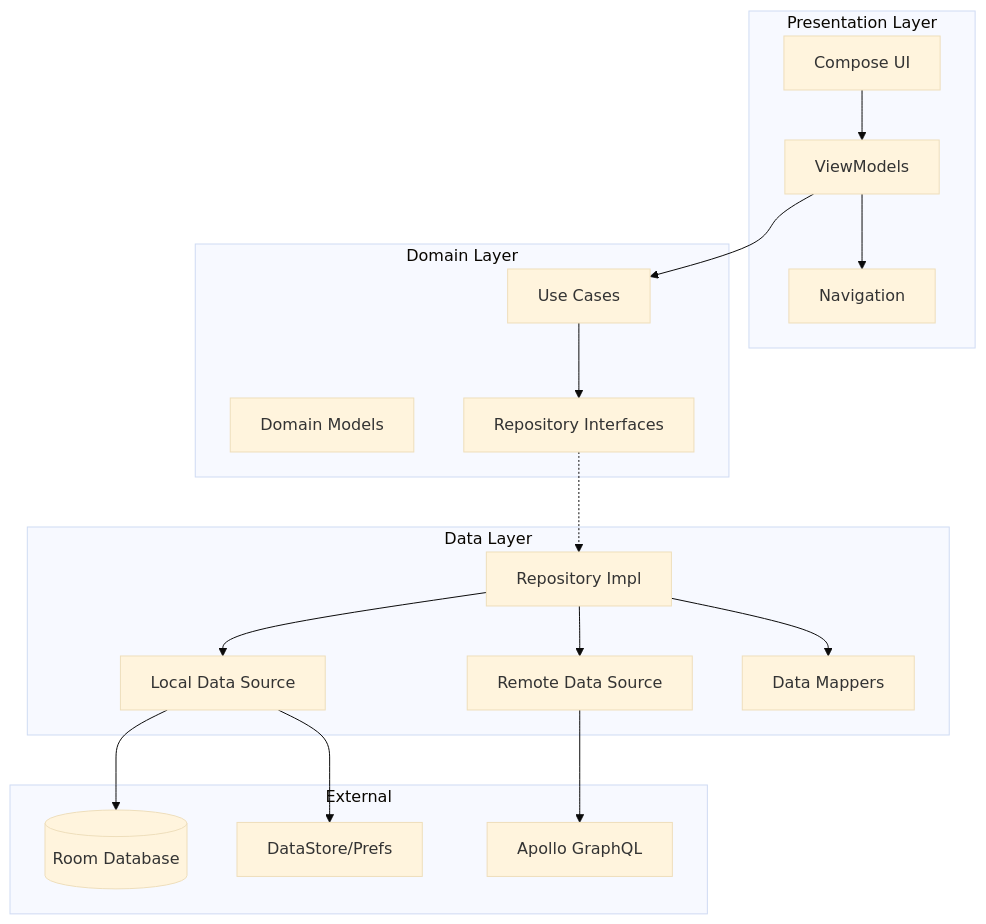
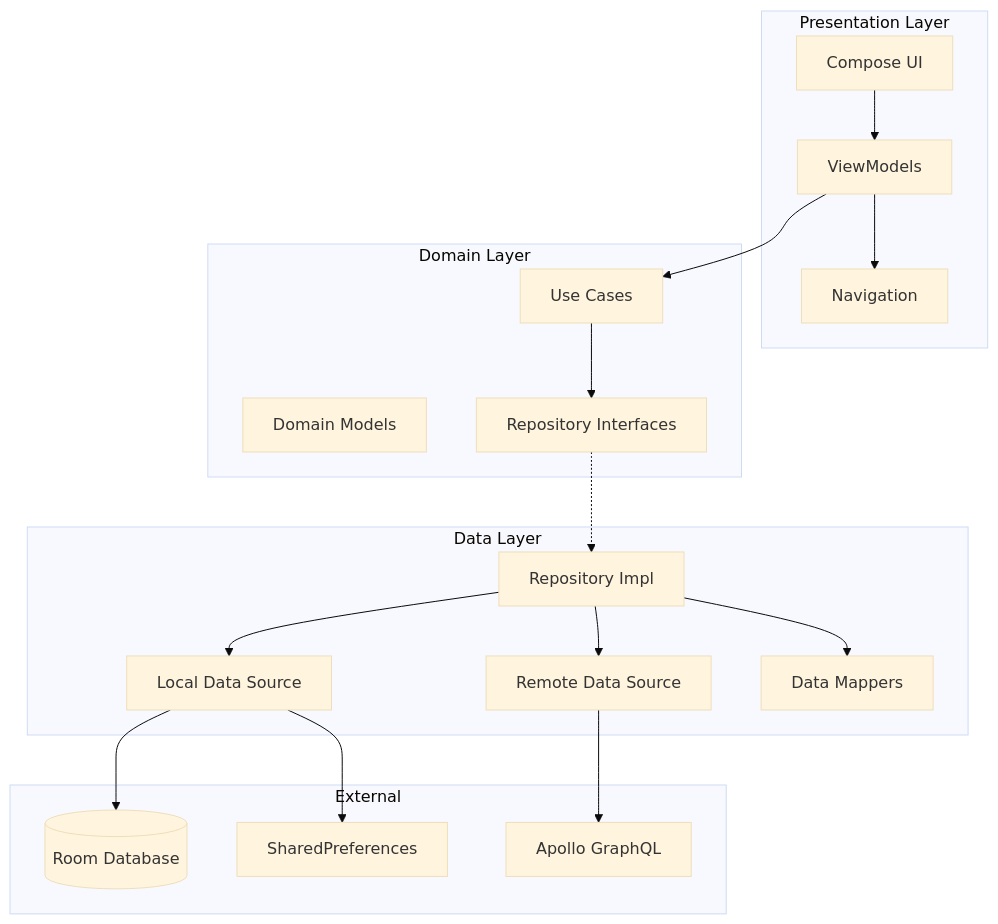
The second of 9 diagrams in docs/ARCHITECTURE.md (Marco-9456/AniSync), drawn with Mermaid (base theme) before and after one commit. The commit also changed other lines of this file and 6 other files, not shown here.

````diff
--- a/docs/ARCHITECTURE.md
+++ b/docs/ARCHITECTURE.md
@@ -50,39 +50,39 @@
 ```mermaid
 flowchart TB
     subgraph "Presentation Layer"
         UI[Compose UI]
         VM[ViewModels]
         NAV[Navigation]
     end
 
     subgraph "Domain Layer"
         UC[Use Cases]
         DM[Domain Models]
         RI[Repository Interfaces]
     end
 
     subgraph "Data Layer"
         REPO[Repository Impl]
         LOCAL[Local Data Source]
         REMOTE[Remote Data Source]
         MAPPER[Data Mappers]
     end
 
     subgraph "External"
         ROOM[(Room Database)]
         APOLLO[Apollo GraphQL]
-        PREFS[DataStore/Prefs]
+        PREFS[SharedPreferences]
     end
 
     UI --> VM
     VM --> UC
     VM --> NAV
     UC --> RI
     RI -.-> REPO
     REPO --> LOCAL
     REPO --> REMOTE
     REPO --> MAPPER
     LOCAL --> ROOM
     LOCAL --> PREFS
     REMOTE --> APOLLO
 ```
````
